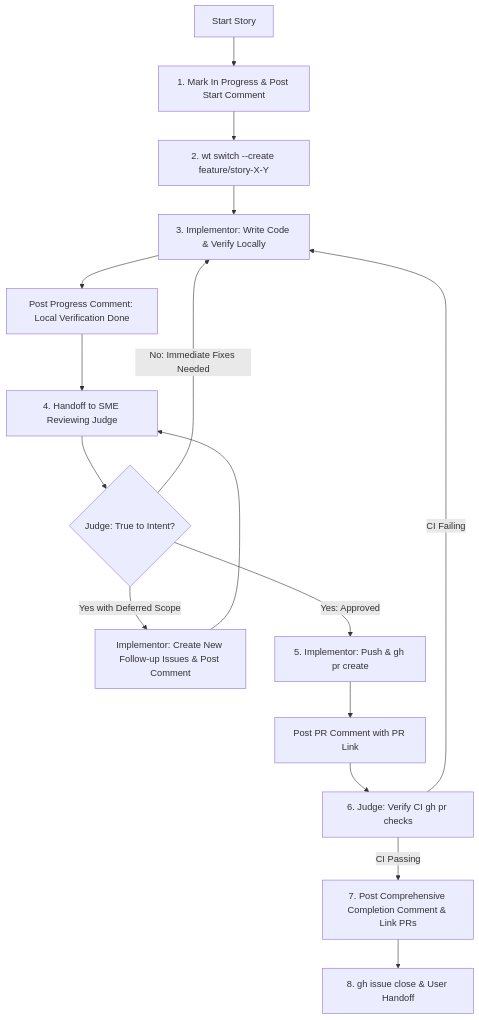
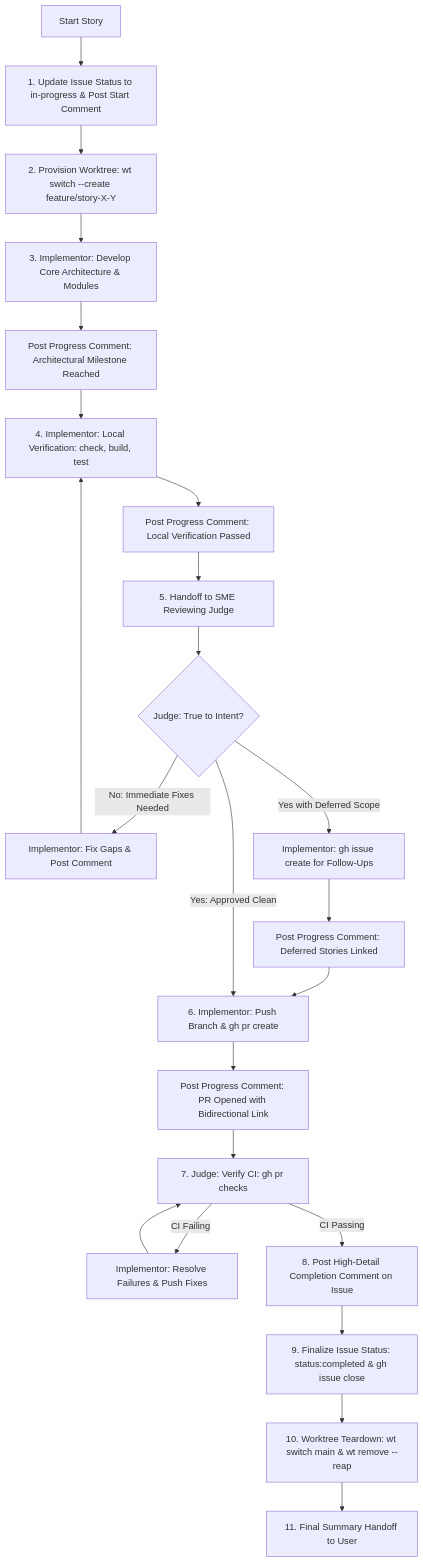
One commit to jacobmiller22/chrishop changed the diagram in .agents/skills/story-feedback-loop/SKILL.md. Above: the diagram before and after it, drawn with Mermaid. The commit also changed other lines of this file and 1 other file, not shown here.

Commit message:
feat(skills): enhance story-feedback-loop with progress comments, worktree teardown, and PR linking

````diff
--- a/.agents/skills/story-feedback-loop/SKILL.md
+++ b/.agents/skills/story-feedback-loop/SKILL.md
@@ -99,18 +35,25 @@
 ```mermaid
 flowchart TD
-    A[Start Story] --> B[1. Mark In Progress & Post Start Comment]
-    B --> C[2. wt switch --create feature/story-X-Y]
-    C --> D[3. Implementor: Write Code & Verify Locally]
-    D --> E[Post Progress Comment: Local Verification Done]
-    E --> F[4. Handoff to SME Reviewing Judge]
-    F --> G{Judge: True to Intent?}
-    G -- No: Immediate Fixes Needed --> D
-    G -- Yes with Deferred Scope --> H[Implementor: Create New Follow-up Issues & Post Comment]
-    H --> F
-    G -- Yes: Approved --> I[5. Implementor: Push & gh pr create]
-    I --> J[Post PR Comment with PR Link]
-    J --> K[6. Judge: Verify CI gh pr checks]
-    K -- CI Failing --> D
-    K -- CI Passing --> L[7. Post Comprehensive Completion Comment & Link PRs]
-    L --> M[8. gh issue close & User Handoff]
+    A[Start Story] --> B[1. Update Issue Status to in-progress & Post Start Comment]
+    B --> C[2. Provision Worktree: wt switch --create feature/story-X-Y]
+    C --> D[3. Implementor: Develop Core Architecture & Modules]
+    D --> E[Post Progress Comment: Architectural Milestone Reached]
+    E --> F[4. Implementor: Local Verification: check, build, test]
+    F --> G[Post Progress Comment: Local Verification Passed]
+    G --> H[5. Handoff to SME Reviewing Judge]
+    H --> I{Judge: True to Intent?}
+    I -- No: Immediate Fixes Needed --> J[Implementor: Fix Gaps & Post Comment]
+    J --> F
+    I -- Yes with Deferred Scope --> K[Implementor: gh issue create for Follow-Ups]
+    K --> L[Post Progress Comment: Deferred Stories Linked]
+    L --> M[6. Implementor: Push Branch & gh pr create]
+    I -- Yes: Approved Clean --> M
+    M --> N[Post Progress Comment: PR Opened with Bidirectional Link]
+    N --> O[7. Judge: Verify CI: gh pr checks]
+    O -- CI Failing --> P[Implementor: Resolve Failures & Push Fixes]
+    P --> O
+    O -- CI Passing --> Q[8. Post High-Detail Completion Comment on Issue]
+    Q --> R[9. Finalize Issue Status: status:completed & gh issue close]
+    R --> S[10. Worktree Teardown: wt switch main & wt remove --reap]
+    S --> T[11. Final Summary Handoff to User]
 ```
````
